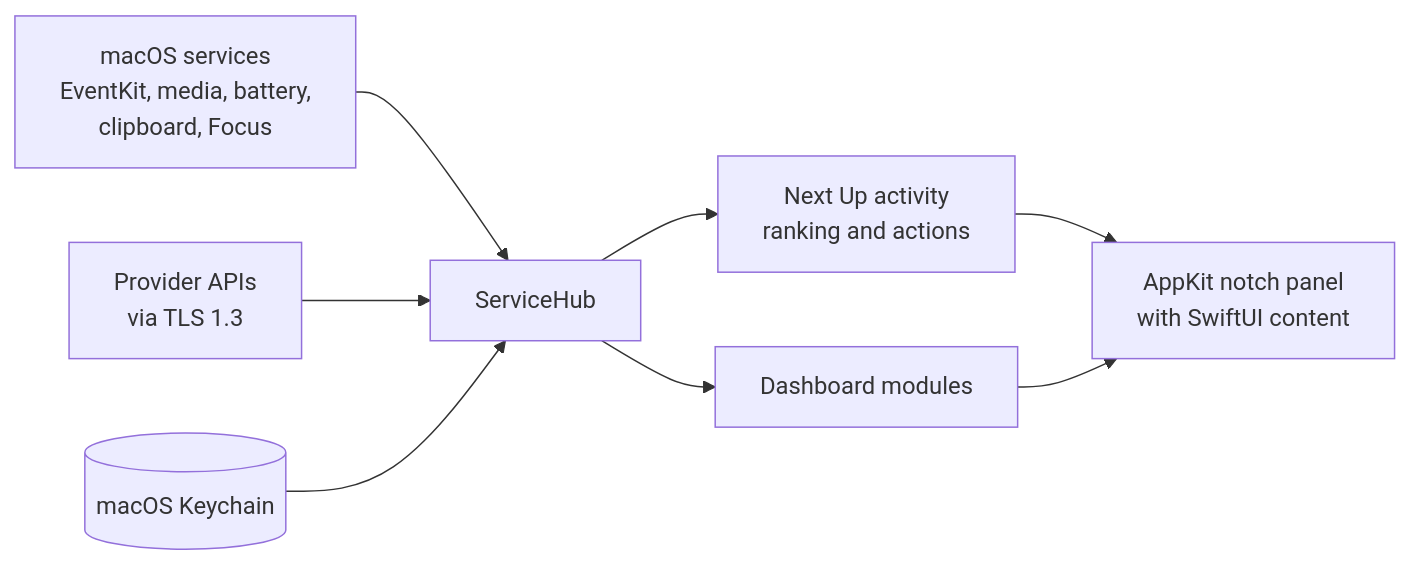
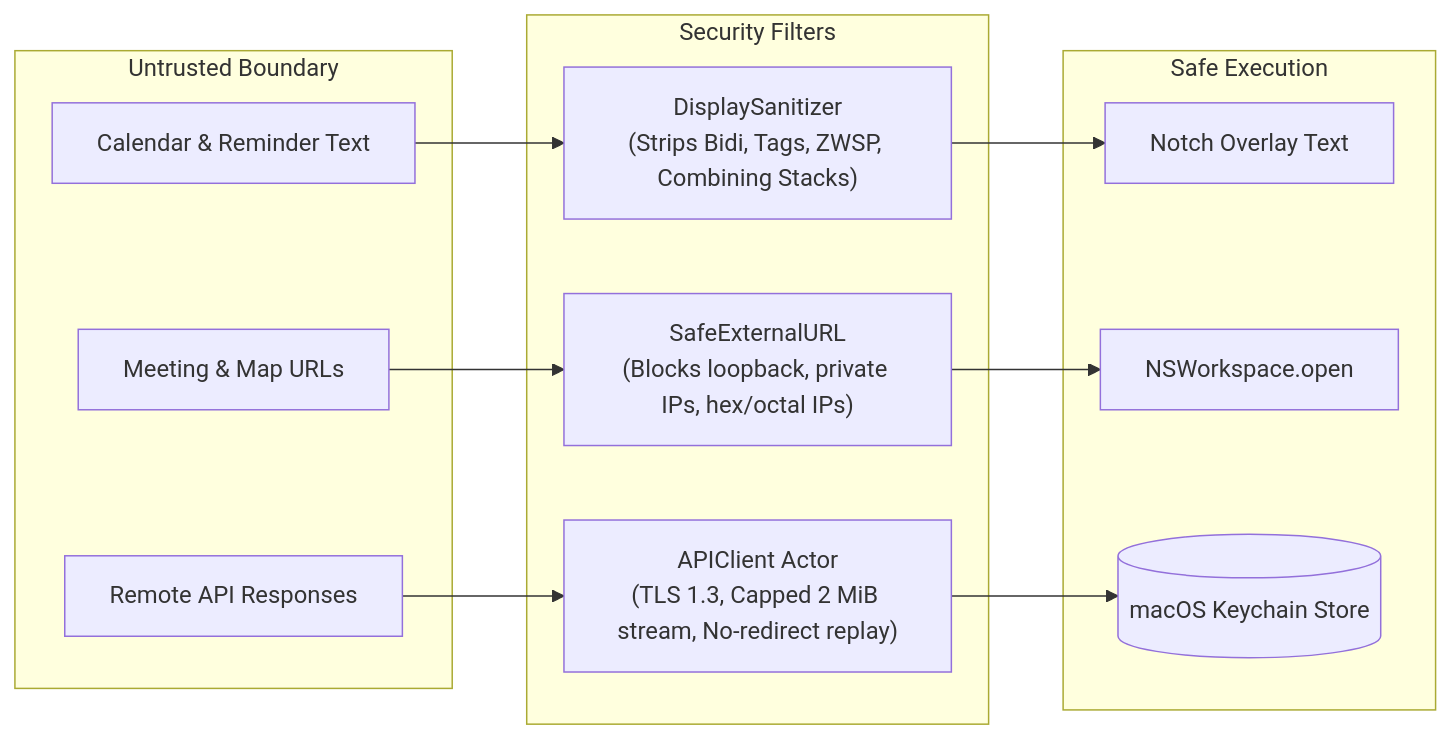
One commit to Srimi1/Notch-hub changed the fourth of 4 diagrams in README.md. Above: the diagram before and after it, drawn with Mermaid. The commit also changed other lines of this file and 10 other files, not shown here.

Commit message:
Revamp README with diagrams and feature catalog, harden build scripts, and clean lint warnings

````diff
--- a/README.md
+++ b/README.md
@@ -56,10 +157,24 @@
 ```mermaid
 flowchart LR
-    macOS["macOS services<br/>EventKit, media, battery,<br/>clipboard, Focus"] --> Hub["ServiceHub"]
-    APIs["Provider APIs<br/>via TLS 1.3"] --> Hub
-    Keychain[("macOS Keychain")] --> Hub
-    Hub --> Activity["Next Up activity<br/>ranking and actions"]
-    Hub --> Dashboard["Dashboard modules"]
-    Activity --> Overlay["AppKit notch panel<br/>with SwiftUI content"]
-    Dashboard --> Overlay
+    subgraph Untrusted ["Untrusted Boundary"]
+        EK["Calendar & Reminder Text"]
+        URLs["Meeting & Map URLs"]
+        API["Remote API Responses"]
+    end
+
+    subgraph Defense ["Security Filters"]
+        Sanitize["DisplaySanitizer<br/>(Strips Bidi, Tags, ZWSP, Combining Stacks)"]
+        SafeURL["SafeExternalURL<br/>(Blocks loopback, private IPs, hex/octal IPs)"]
+        HTTPClient["APIClient Actor<br/>(TLS 1.3, Capped 2 MiB stream, No-redirect replay)"]
+    end
+
+    subgraph Output ["Safe Execution"]
+        SafeText["Notch Overlay Text"]
+        OpenURL["NSWorkspace.open"]
+        Keychain[("macOS Keychain Store")]
+    end
+
+    EK --> Sanitize --> SafeText
+    URLs --> SafeURL --> OpenURL
+    API --> HTTPClient --> Keychain
 ```
````
